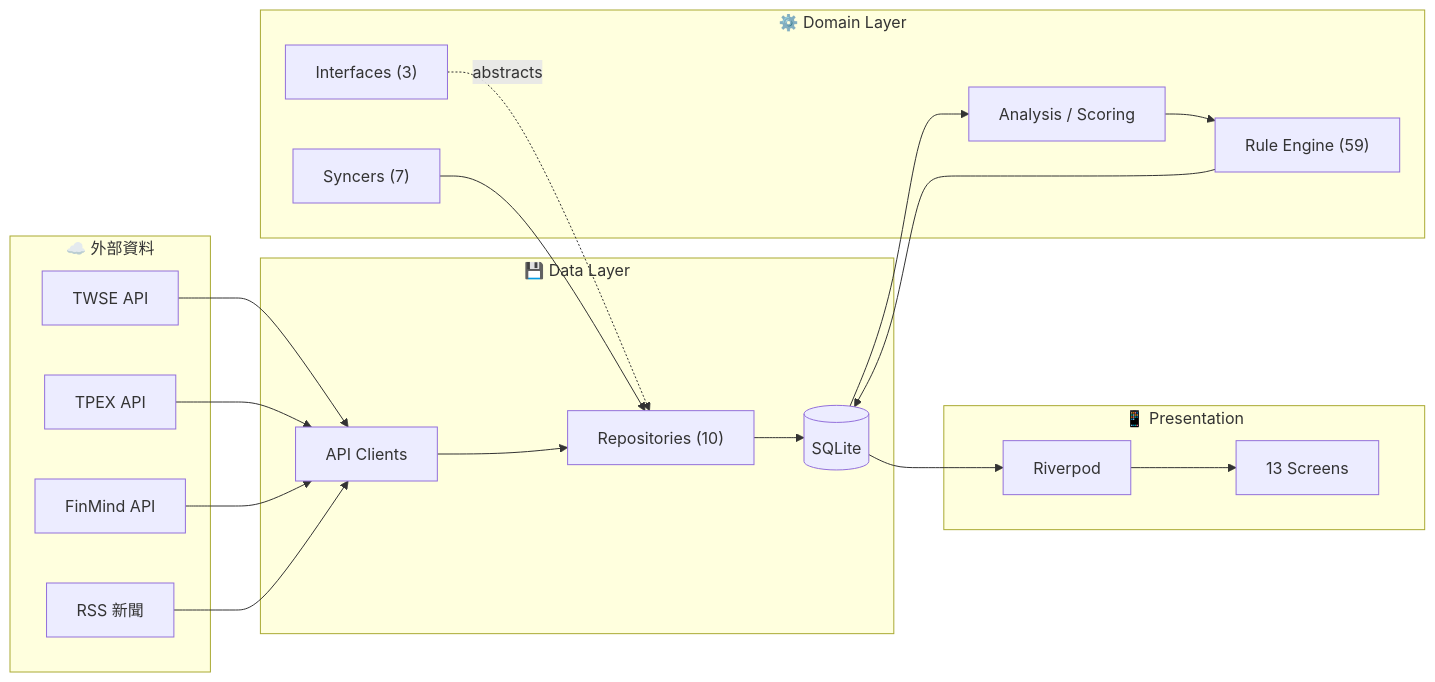
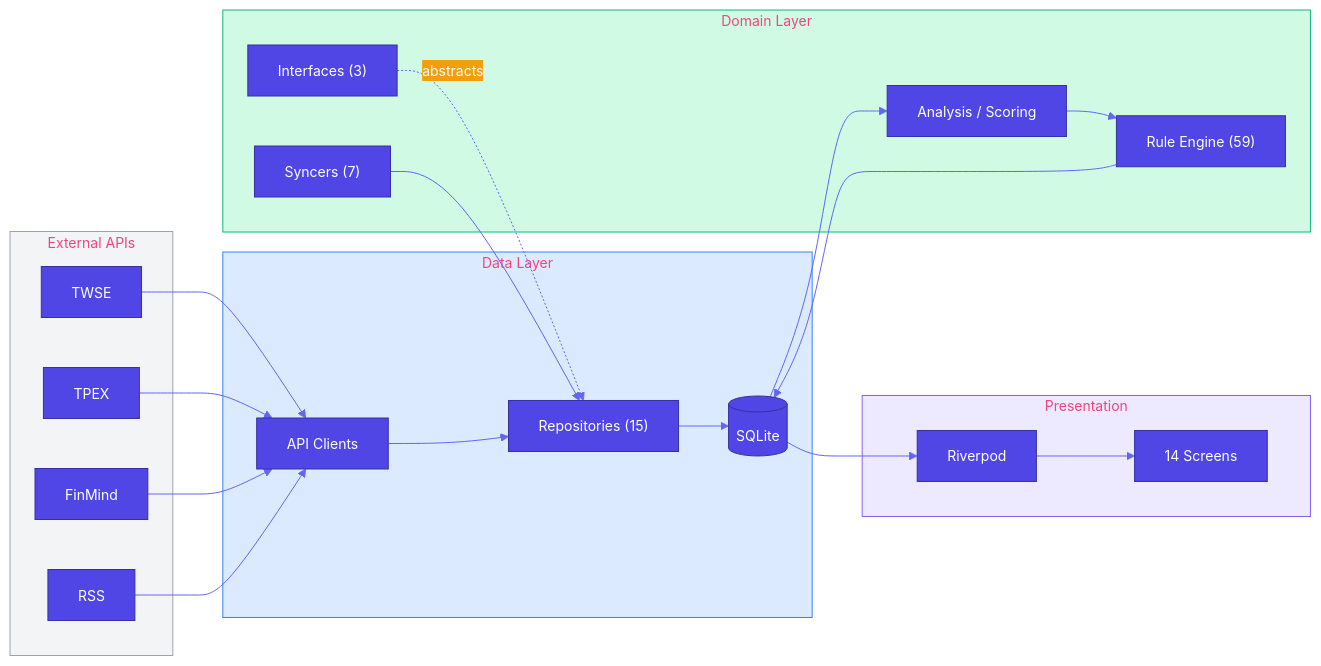
Before and after one commit to Neal75418/afterclose: the first of 2 diagrams in README.md, drawn with Mermaid. The commit also changed other lines of this file and 4 other files, not shown here.

First line of the commit message:
docs: unify markdown style with professional Mermaid diagrams

````diff
--- a/README.md
+++ b/README.md
@@ -69,35 +71,41 @@
 ```mermaid
+%%{init: {'theme': 'base', 'themeVariables': {'primaryColor': '#4F46E5', 'primaryTextColor': '#fff', 'primaryBorderColor': '#3730A3', 'secondaryColor': '#F59E0B', 'tertiaryColor': '#10B981', 'lineColor': '#6366F1', 'fontSize': '14px'}}}%%
 flowchart LR
-    subgraph External["☁️ 外部資料"]
-        TWSE["TWSE API"]
-        TPEX["TPEX API"]
-        FM["FinMind API"]
-        RSS["RSS 新聞"]
+    subgraph External["External APIs"]
+        TWSE["TWSE"]
+        TPEX["TPEX"]
+        FM["FinMind"]
+        RSS["RSS"]
     end
 
-    subgraph Data["💾 Data Layer"]
+    subgraph Data["Data Layer"]
         Remote["API Clients"]
-        Repo["Repositories (10)"]
+        Repo["Repositories (15)"]
         DB[("SQLite")]
     end
 
-    subgraph Domain["⚙️ Domain Layer"]
+    subgraph Domain["Domain Layer"]
         IF["Interfaces (3)"]
         Services["Analysis / Scoring"]
         Rules["Rule Engine (59)"]
         Update["Syncers (7)"]
     end
 
-    subgraph Presentation["📱 Presentation"]
+    subgraph Presentation["Presentation"]
         Provider["Riverpod"]
-        UI["13 Screens"]
+        UI["14 Screens"]
     end
 
     TWSE & TPEX & FM & RSS --> Remote
     Remote --> Repo --> DB
     IF -.->|abstracts| Repo
     DB --> Services --> Rules
     Rules --> DB
     Update --> Repo
     DB --> Provider --> UI
+
+    style External fill:#F3F4F6,stroke:#9CA3AF
+    style Data fill:#DBEAFE,stroke:#3B82F6
+    style Domain fill:#D1FAE5,stroke:#10B981
+    style Presentation fill:#EDE9FE,stroke:#8B5CF6
 ```
````
